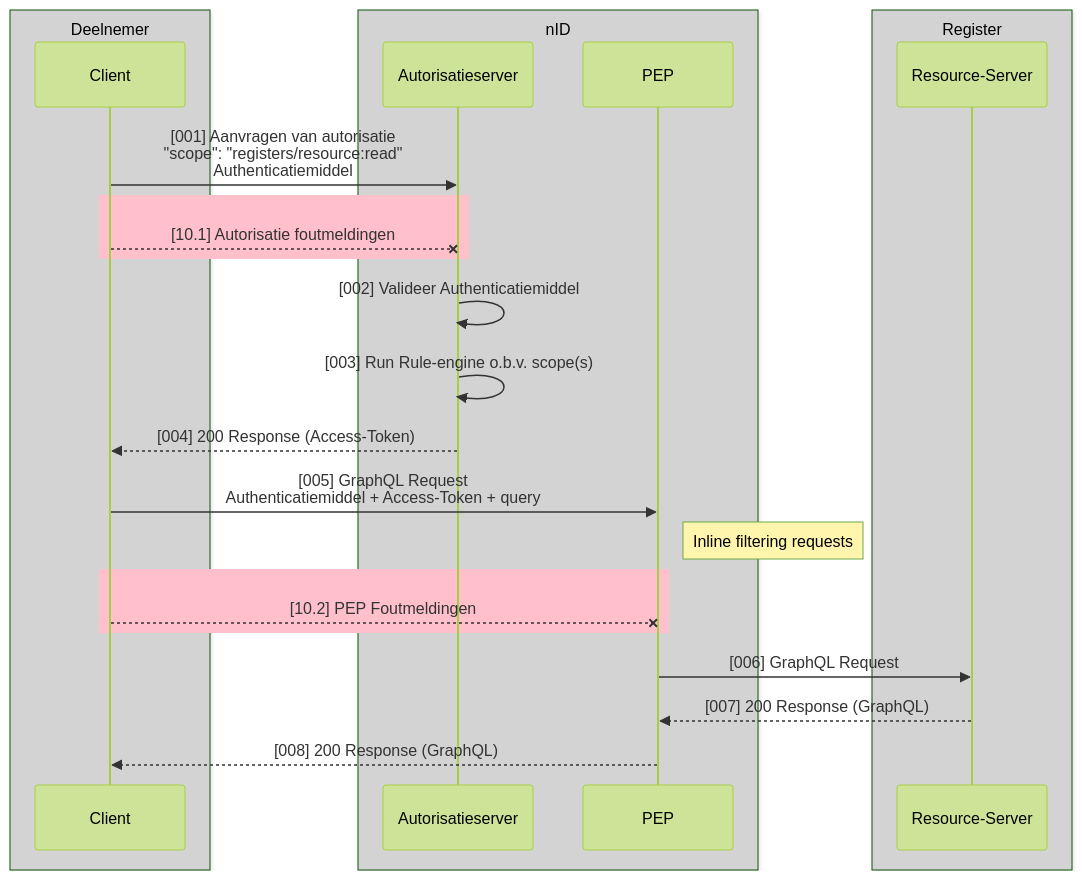
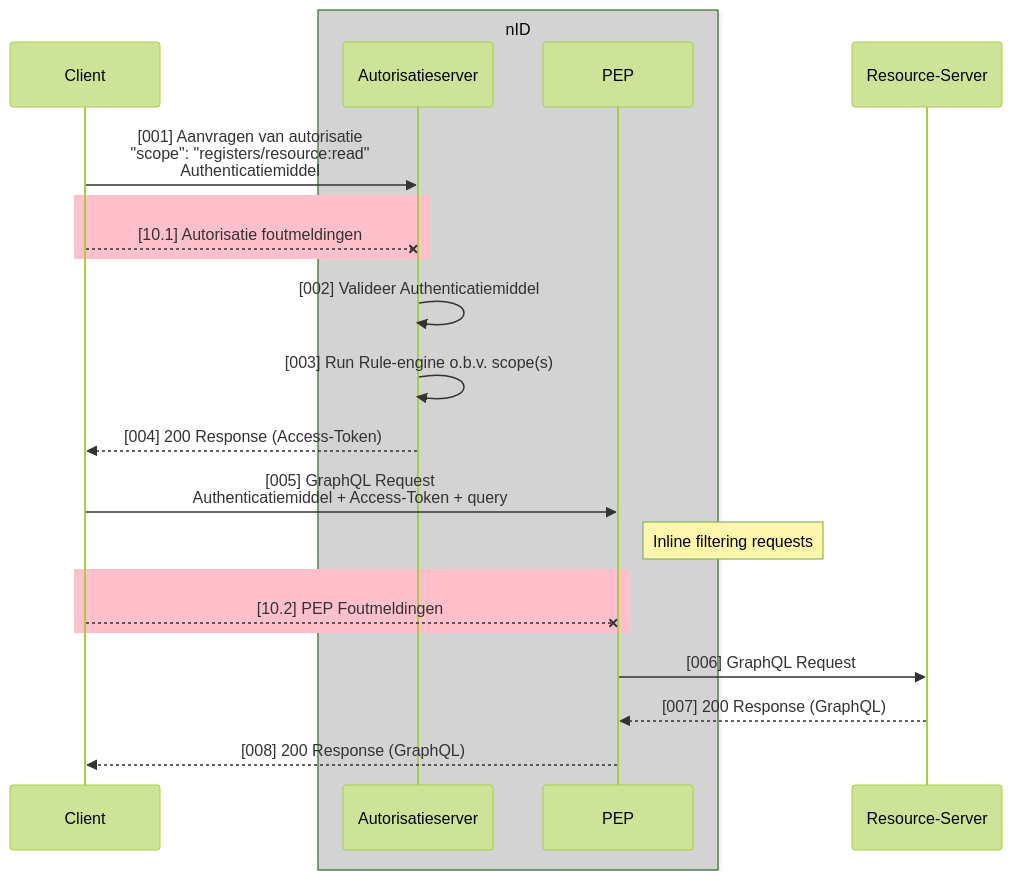
One commit to iStandaarden/Afsprakenstelsel-iWlz changed the ninth of 11 diagrams in docs/applicatie/nid_netwerkstelsel.md. Above: the diagram before and after it, drawn with Mermaid. The commit also changed other lines of this file, not shown here.

````diff
--- a/docs/applicatie/nid_netwerkstelsel.md
+++ b/docs/applicatie/nid_netwerkstelsel.md
@@ -729,42 +725,37 @@
 ```mermaid
 ---
 config:
   theme: forest
 ---
 sequenceDiagram
-    Box lightgrey Deelnemer 
+
     participant Client as Client
-    end
-
     Box lightgrey nID
     participant AuthzServer as Autorisatieserver
     participant PEP as PEP
-    end
-    
-    Box lightgrey Register
+    end    
     participant ResourceServer as Resource-Server
-    end
 
     Client->>AuthzServer: [001] Aanvragen van autorisatie<br/>"scope": "registers/resource:read"<br/>Authenticatiemiddel
 
     rect pink
     Client--xAuthzServer: [10.1] Autorisatie foutmeldingen
 
     end
 
     AuthzServer->>AuthzServer: [002] Valideer Authenticatiemiddel
     AuthzServer->>AuthzServer: [003] Run Rule-engine o.b.v. scope(s)
 
     AuthzServer-->>Client: [004] 200 Response (Access-Token)
 
     Client->>PEP: [005] GraphQL Request<br/>Authenticatiemiddel + Access-Token + query
     Note right of PEP: Inline filtering requests
 
     rect pink
     Client--xPEP: [10.2] PEP Foutmeldingen
     end
 
     PEP->>ResourceServer: [006] GraphQL Request
     ResourceServer-->>PEP: [007] 200 Response (GraphQL)
     PEP-->>Client: [008] 200 Response (GraphQL)
 ```
````
